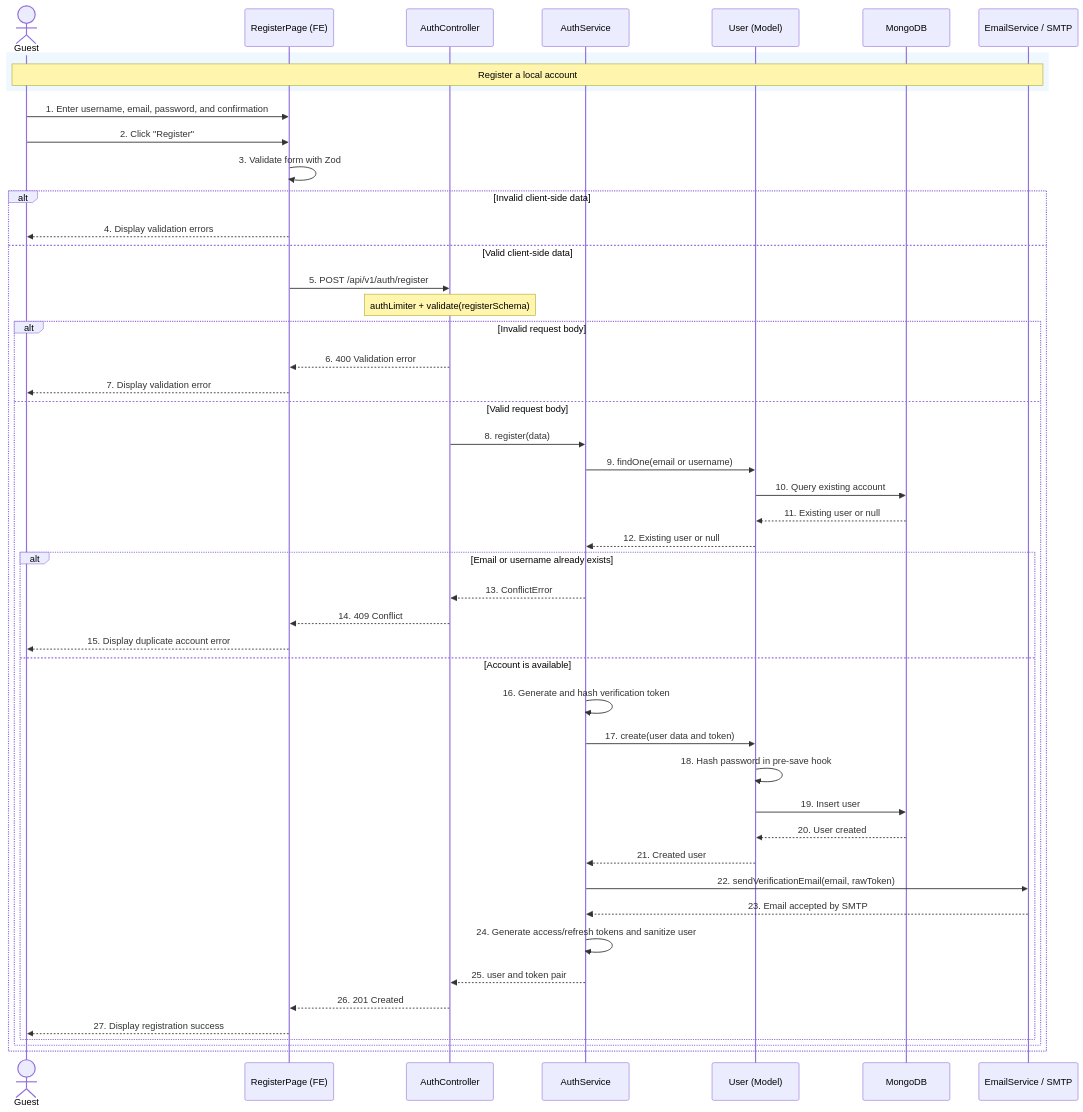
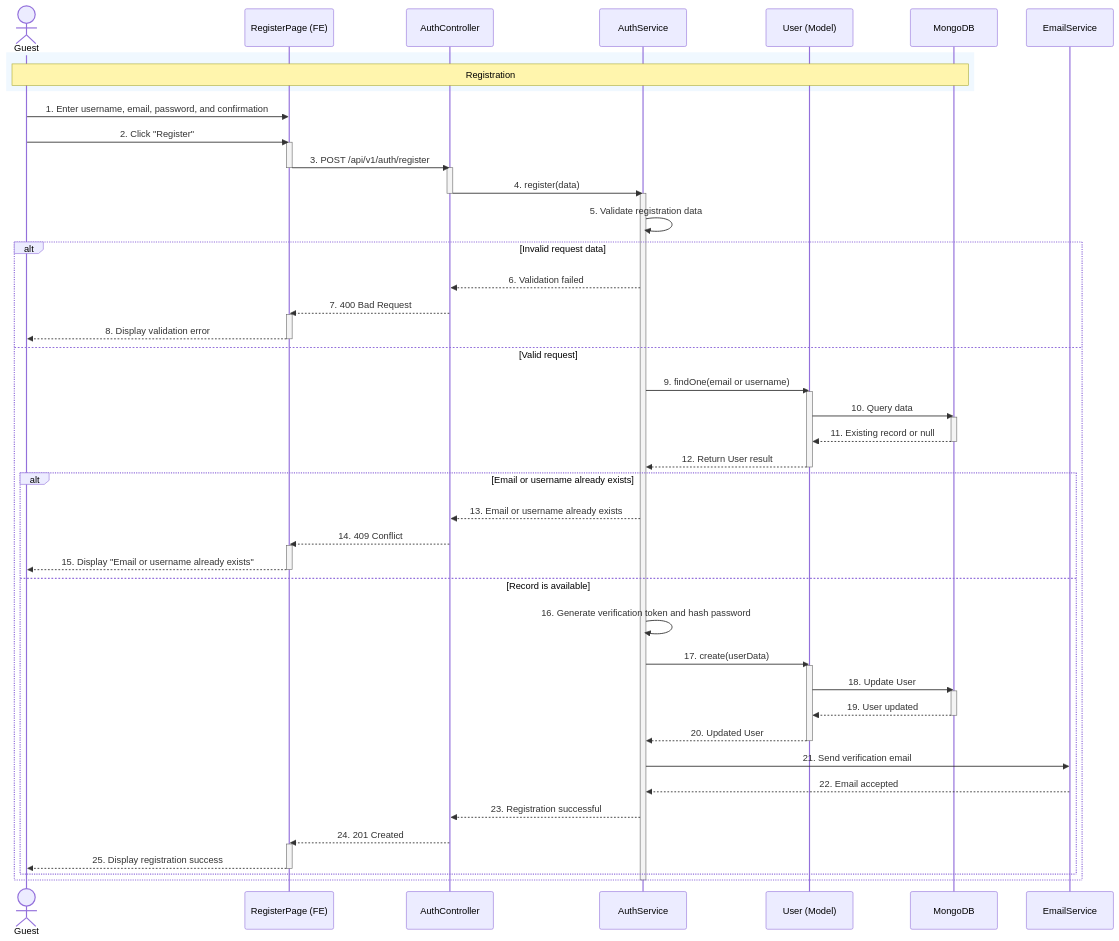
The second of 60 diagrams in docs/19_Detailed_Design.md (SUMMER2026SE/wdp301-rbl-project-wdp_se18d08_group-5), drawn with Mermaid before and after one commit. The commit also changed other lines of this file, not shown here.

````diff
--- a/docs/19_Detailed_Design.md
+++ b/docs/19_Detailed_Design.md
@@ -39,55 +175,74 @@
 ```mermaid
 sequenceDiagram
-    actor Guest
+    actor A as Guest
     participant FE as RegisterPage (FE)
     participant Ctrl as AuthController
     participant Svc as AuthService
     participant Model as User (Model)
     participant DB as MongoDB
-    participant Mail as EmailService / SMTP
+    participant EmailService as EmailService
 
     rect rgb(240,248,255)
-        Note over Guest,Mail: Register a local account
+        Note over A,DB: Registration
     end
 
-    Guest->>FE: 1. Enter username, email, password, and confirmation
-    Guest->>FE: 2. Click "Register"
-    FE->>FE: 3. Validate form with Zod
+    A->>FE: 1. Enter username, email, password, and confirmation
+    A->>FE: 2. Click "Register"
 
-    alt Invalid client-side data
-        FE-->>Guest: 4. Display validation errors
-    else Valid client-side data
-        FE->>Ctrl: 5. POST /api/v1/auth/register
-        Note over Ctrl: authLimiter + validate(registerSchema)
+    activate FE
+    FE->>Ctrl: 3. POST /api/v1/auth/register
+    deactivate FE
 
-        alt Invalid request body
-            Ctrl-->>FE: 6. 400 Validation error
-            FE-->>Guest: 7. Display validation error
-        else Valid request body
-            Ctrl->>Svc: 8. register(data)
-            Svc->>Model: 9. findOne(email or username)
-            Model->>DB: 10. Query existing account
-            DB-->>Model: 11. Existing user or null
-            Model-->>Svc: 12. Existing user or null
+    activate Ctrl
+    Ctrl->>Svc: 4. register(data)
+    deactivate Ctrl
 
-            alt Email or username already exists
-                Svc-->>Ctrl: 13. ConflictError
-                Ctrl-->>FE: 14. 409 Conflict
-                FE-->>Guest: 15. Display duplicate account error
-            else Account is available
-                Svc->>Svc: 16. Generate and hash verification token
-                Svc->>Model: 17. create(user data and token)
-                Model->>Model: 18. Hash password in pre-save hook
-                Model->>DB: 19. Insert user
-                DB-->>Model: 20. User created
-                Model-->>Svc: 21. Created user
-                Svc->>Mail: 22. sendVerificationEmail(email, rawToken)
-                Mail-->>Svc: 23. Email accepted by SMTP
-                Svc->>Svc: 24. Generate access/refresh tokens and sanitize user
-                Svc-->>Ctrl: 25. user and token pair
-                Ctrl-->>FE: 26. 201 Created
-                FE-->>Guest: 27. Display registration success
-            end
+    activate Svc
+    Svc->>Svc: 5. Validate registration data
+
+    alt Invalid request data
+        Svc-->>Ctrl: 6. Validation failed
+        Ctrl-->>FE: 7. 400 Bad Request
+        activate FE
+        FE-->>A: 8. Display validation error
+        deactivate FE
+
+    else Valid request
+        Svc->>Model: 9. findOne(email or username)
+        activate Model
+        Model->>DB: 10. Query data
+        activate DB
+        DB-->>Model: 11. Existing record or null
+        deactivate DB
+        Model-->>Svc: 12. Return User result
+        deactivate Model
+
+        alt Email or username already exists
+            Svc-->>Ctrl: 13. Email or username already exists
+            Ctrl-->>FE: 14. 409 Conflict
+            activate FE
+            FE-->>A: 15. Display "Email or username already exists"
+            deactivate FE
+
+        else Record is available
+            Svc->>Svc: 16. Generate verification token and hash password
+            Svc->>Model: 17. create(userData)
+            activate Model
+            Model->>DB: 18. Update User
+            activate DB
+            DB-->>Model: 19. User updated
+            deactivate DB
+            Model-->>Svc: 20. Updated User
+            deactivate Model
+            Svc->>EmailService: 21. Send verification email
+            EmailService-->>Svc: 22. Email accepted
+            Svc-->>Ctrl: 23. Registration successful
+            Ctrl-->>FE: 24. 201 Created
+            activate FE
+            FE-->>A: 25. Display registration success
+            deactivate FE
         end
     end
+
+    deactivate Svc
 ```
````
